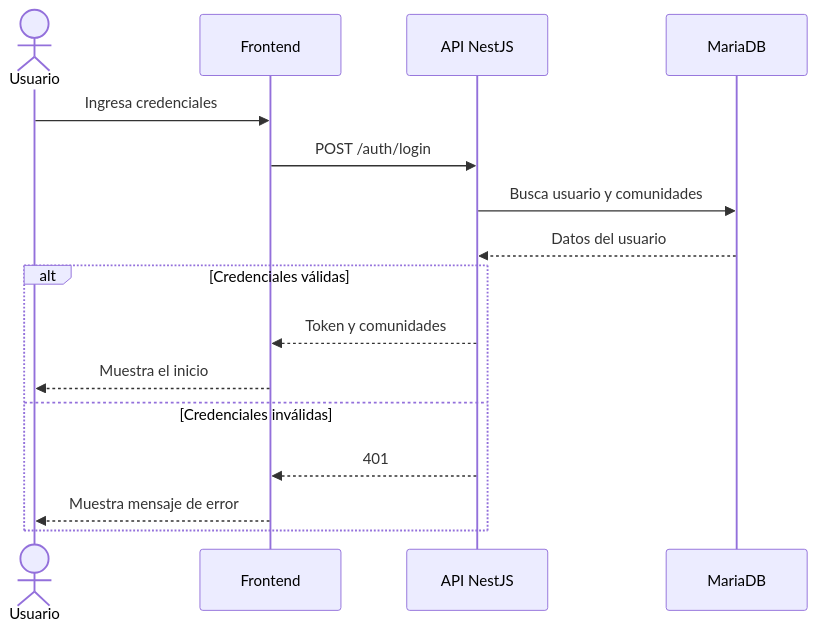
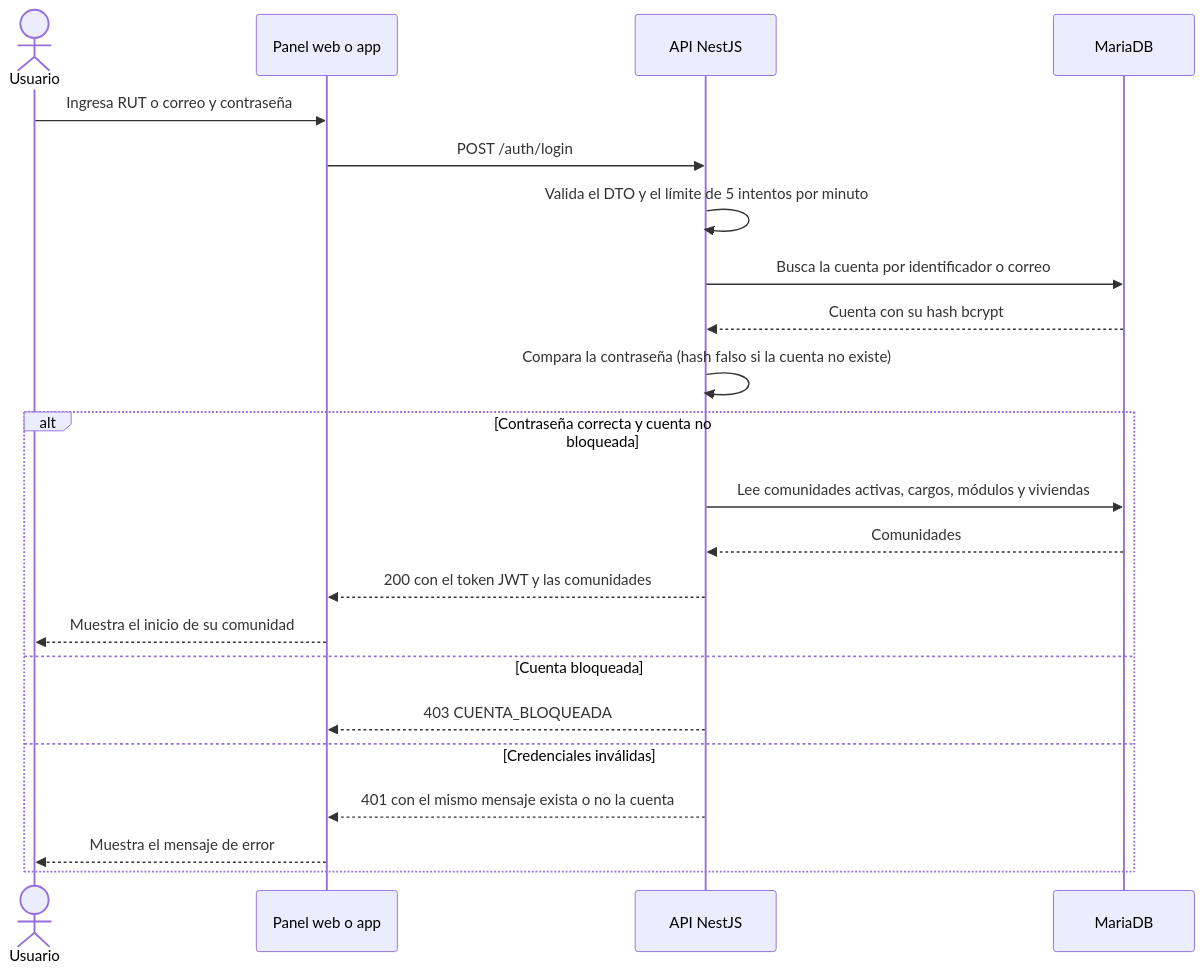
One commit to JonasMateosValenzuelaLopez/ProyectoTesis changed the third of 7 diagrams in FASE-2/Evidencias-Proyecto/Documentación/08-diagramas-uml.md. Above: the diagram before and after it, drawn with Mermaid. The commit also changed other lines of this file and 26 other files, not shown here.

````diff
--- a/FASE-2/Evidencias-Proyecto/Documentación/08-diagramas-uml.md
+++ b/FASE-2/Evidencias-Proyecto/Documentación/08-diagramas-uml.md
@@ -76,18 +222,24 @@
 ```mermaid
 sequenceDiagram
     actor U as Usuario
-    participant F as Frontend
+    participant F as Panel web o app
     participant A as API NestJS
     participant B as MariaDB
-    U->>F: Ingresa credenciales
+    U->>F: Ingresa RUT o correo y contraseña
     F->>A: POST /auth/login
-    A->>B: Busca usuario y comunidades
-    B-->>A: Datos del usuario
-    alt Credenciales válidas
-        A-->>F: Token y comunidades
-        F-->>U: Muestra el inicio
+    A->>A: Valida el DTO y el límite de 5 intentos por minuto
+    A->>B: Busca la cuenta por identificador o correo
+    B-->>A: Cuenta con su hash bcrypt
+    A->>A: Compara la contraseña (hash falso si la cuenta no existe)
+    alt Contraseña correcta y cuenta no bloqueada
+        A->>B: Lee comunidades activas, cargos, módulos y viviendas
+        B-->>A: Comunidades
+        A-->>F: 200 con el token JWT y las comunidades
+        F-->>U: Muestra el inicio de su comunidad
+    else Cuenta bloqueada
+        A-->>F: 403 CUENTA_BLOQUEADA
     else Credenciales inválidas
-        A-->>F: 401
-        F-->>U: Muestra mensaje de error
+        A-->>F: 401 con el mismo mensaje exista o no la cuenta
+        F-->>U: Muestra el mensaje de error
     end
 ```
````
